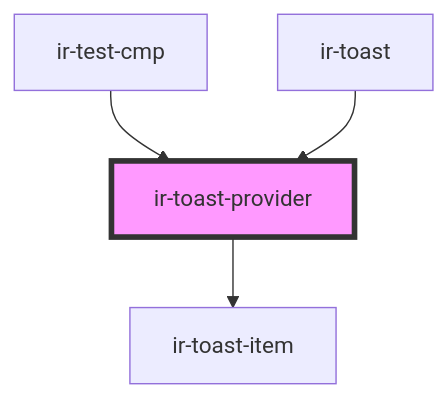
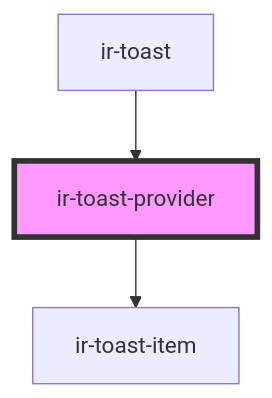
The diagram in src/components/ir-toast-provider/readme.md (RonyRizk/ir-webcmp), drawn with Mermaid before and after one commit. The commit also changed other lines of this file and 10 other files, not shown here.

````diff
--- a/src/components/ir-toast-provider/readme.md
+++ b/src/components/ir-toast-provider/readme.md
@@ -81,7 +81,6 @@
 ```mermaid
 graph TD;
   ir-toast-provider --> ir-toast-item
-  ir-test-cmp --> ir-toast-provider
   ir-toast --> ir-toast-provider
   style ir-toast-provider fill:#f9f,stroke:#333,stroke-width:4px
 ```
````
